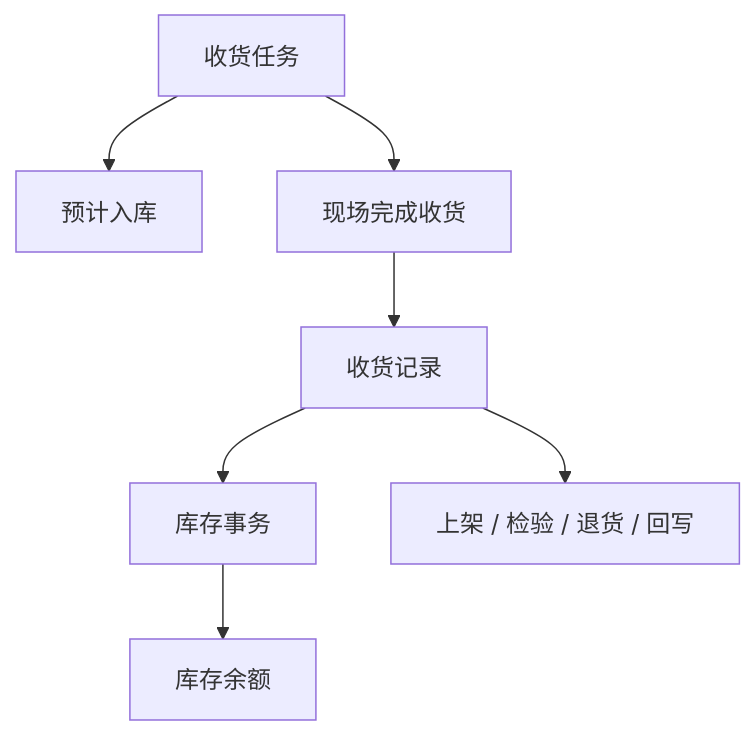
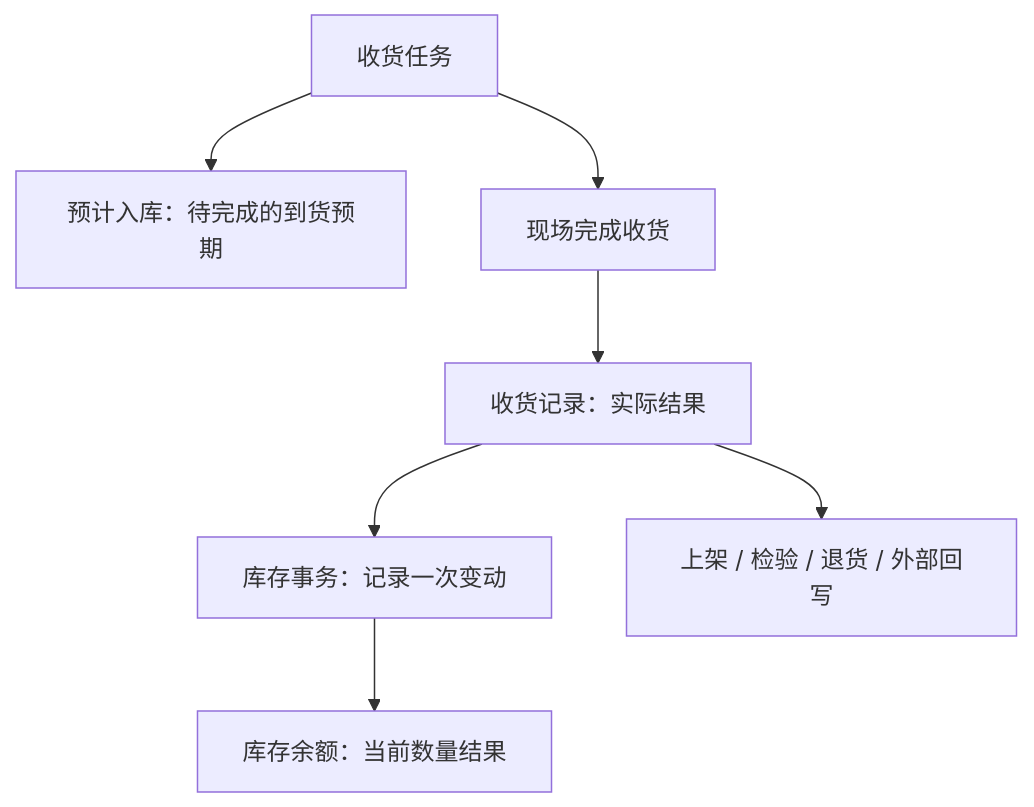
Before and after one commit to jiargcn/MomProductDocument: the fourth of 4 diagrams in docs/05-WMS-库房管理/03-采购收货/index.md, drawn with Mermaid. The commit also changed other lines of this file and 239 other files, not shown here.

````diff
--- a/docs/05-WMS-库房管理/03-采购收货/index.md
+++ b/docs/05-WMS-库房管理/03-采购收货/index.md
@@ -179,9 +212,9 @@
 ```mermaid
 flowchart TD
-    A["收货任务"] --> B["预计入库"]
+    A["收货任务"] --> B["预计入库：待完成的到货预期"]
     A --> C["现场完成收货"]
-    C --> D["收货记录"]
-    D --> E["库存事务"]
-    E --> F["库存余额"]
-    D --> G["上架 / 检验 / 退货 / 回写"]
+    C --> D["收货记录：实际结果"]
+    D --> E["库存事务：记录一次变动"]
+    E --> F["库存余额：当前数量结果"]
+    D --> G["上架 / 检验 / 退货 / 外部回写"]
 ```
````
